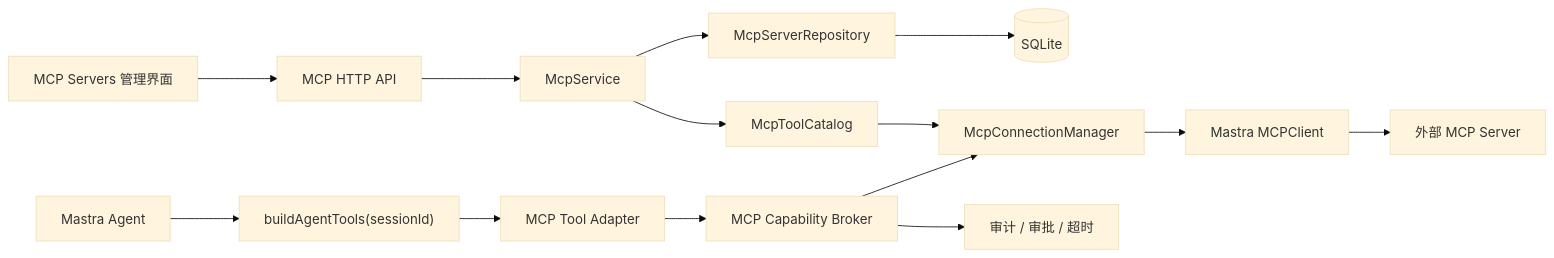
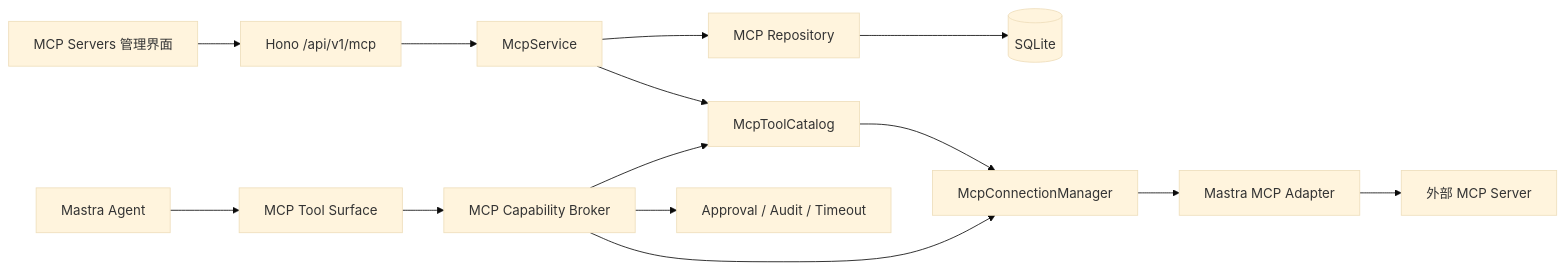
The diagram in docs/MCP/2026-08-02-bloomai-mcp-client-design.md (jiujuan/BloomAI), drawn with Mermaid (base theme) before and after one commit. The commit also changed other lines of this file and 2 other files, not shown here.

Commit message:
docs(mcp): pass client scope and contract gate

````diff
--- a/docs/MCP/2026-08-02-bloomai-mcp-client-design.md
+++ b/docs/MCP/2026-08-02-bloomai-mcp-client-design.md
@@ -62,17 +132,17 @@
 ```mermaid
 flowchart LR
-  UI["MCP Servers 管理界面"] --> API["MCP HTTP API"]
+  UI["MCP Servers 管理界面"] --> API["Hono /api/v1/mcp"]
   API --> SVC["McpService"]
-  SVC --> REPO["McpServerRepository"]
+  SVC --> REPO["MCP Repository"]
   REPO --> DB[("SQLite")]
   SVC --> CATALOG["McpToolCatalog"]
-  CATALOG --> CONN["McpConnectionManager"]
-  CONN --> CLIENT["Mastra MCPClient"]
-  CLIENT --> EXT["外部 MCP Server"]
+  CATALOG --> MANAGER["McpConnectionManager"]
+  MANAGER --> ADAPTER["Mastra MCP Adapter"]
+  ADAPTER --> EXT["外部 MCP Server"]
 
-  AGENT["Mastra Agent"] --> BUILD["buildAgentTools(sessionId)"]
-  BUILD --> ADAPTER["MCP Tool Adapter"]
-  ADAPTER --> BROKER["MCP Capability Broker"]
-  BROKER --> CONN
-  BROKER --> RUNS["审计 / 审批 / 超时"]
+  AGENT["Mastra Agent"] --> SURFACE["MCP Tool Surface"]
+  SURFACE --> BROKER["MCP Capability Broker"]
+  BROKER --> CATALOG
+  BROKER --> MANAGER
+  BROKER --> RUNS["Approval / Audit / Timeout"]
 ```
````
